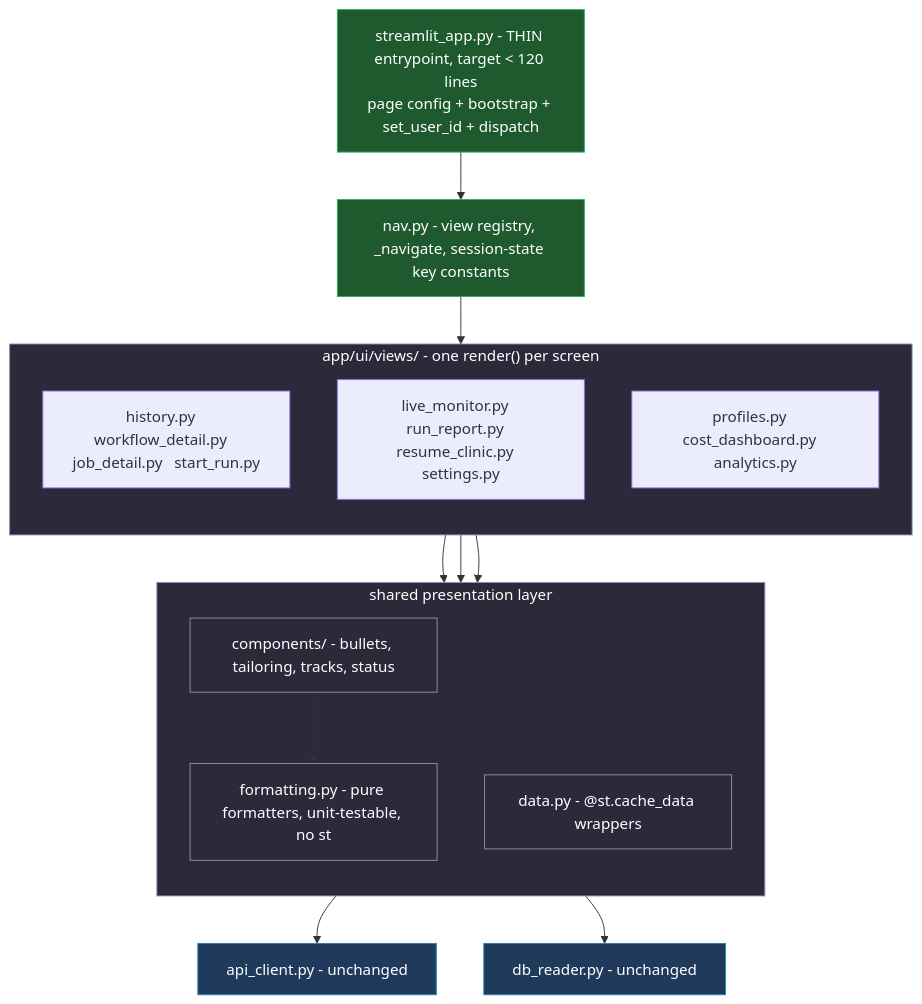
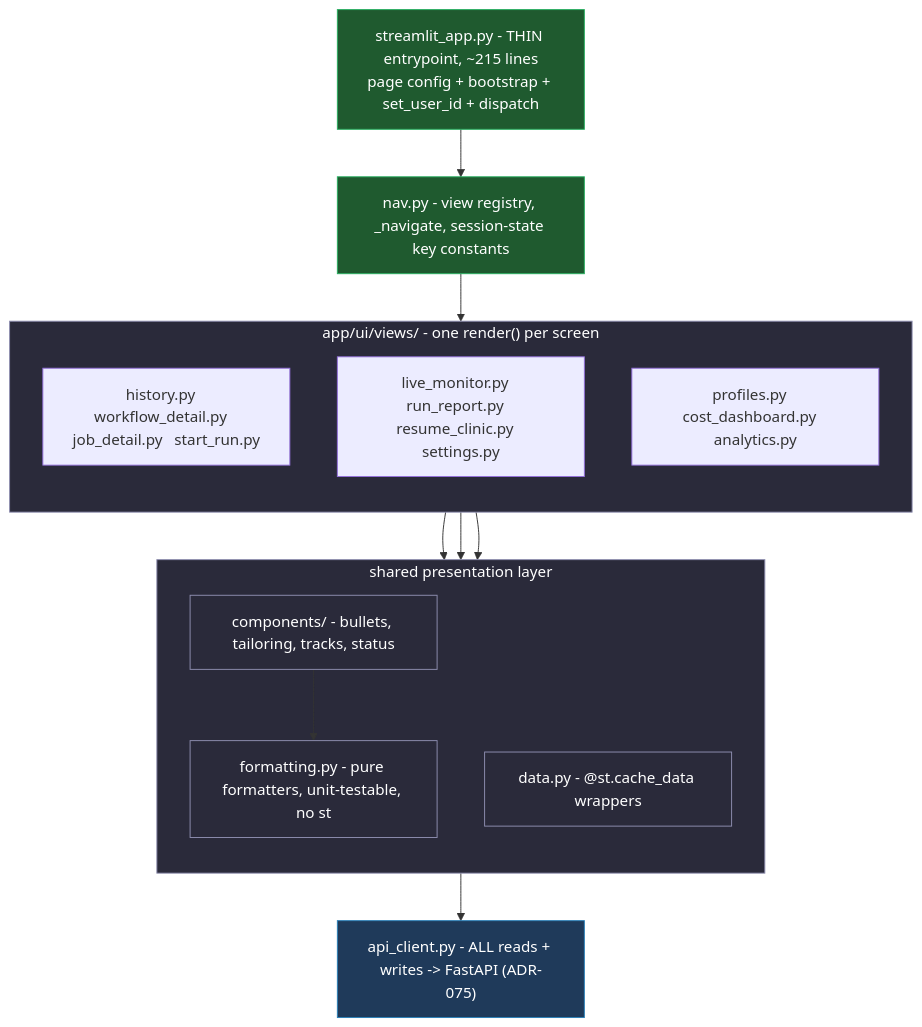
Before and after one commit to suthrams/jobsearchagent-v2: the second of 2 diagrams in docs/architecture/ui_refactor_plan.md, drawn with Mermaid. The commit also changed other lines of this file and 13 other files, not shown here.

````diff
--- a/docs/architecture/ui_refactor_plan.md
+++ b/docs/architecture/ui_refactor_plan.md
@@ -193,38 +200,36 @@
 ```mermaid
 flowchart TB
-    entry["streamlit_app.py - THIN entrypoint, target < 120 lines<br/>page config + bootstrap + set_user_id + dispatch"]
+    entry["streamlit_app.py - THIN entrypoint, ~215 lines<br/>page config + bootstrap + set_user_id + dispatch"]
     nav["nav.py - view registry, _navigate, session-state key constants"]
 
     subgraph VIEWS["app/ui/views/ - one render() per screen"]
         direction TB
         vrow1["history.py   workflow_detail.py   job_detail.py   start_run.py"]
         vrow2["live_monitor.py   run_report.py   resume_clinic.py   settings.py"]
         vrow3["profiles.py   cost_dashboard.py   analytics.py"]
     end
 
     subgraph SHARED["shared presentation layer"]
         direction TB
         comp["components/ - bullets, tailoring, tracks, status"]
         fmt["formatting.py - pure formatters, unit-testable, no st"]
         data["data.py - @st.cache_data wrappers"]
     end
 
-    api["api_client.py - unchanged"]
-    db["db_reader.py - unchanged"]
+    api["api_client.py - ALL reads + writes -> FastAPI (ADR-075)"]
 
     entry --> nav
     nav --> VIEWS
     VIEWS --> comp
     VIEWS --> fmt
     VIEWS --> data
     comp --> fmt
     data --> api
-    data --> db
 
     classDef thin fill:#1f5a2f,stroke:#27ae60,color:#fff
     classDef pkg fill:#2a2a3a,stroke:#8e8eb0,color:#fff
     classDef seam fill:#1f3a5a,stroke:#2980b9,color:#fff
     class entry,nav thin
     class VIEWS,SHARED,comp,fmt,data pkg
-    class api,db seam
+    class api seam
 ```
````
